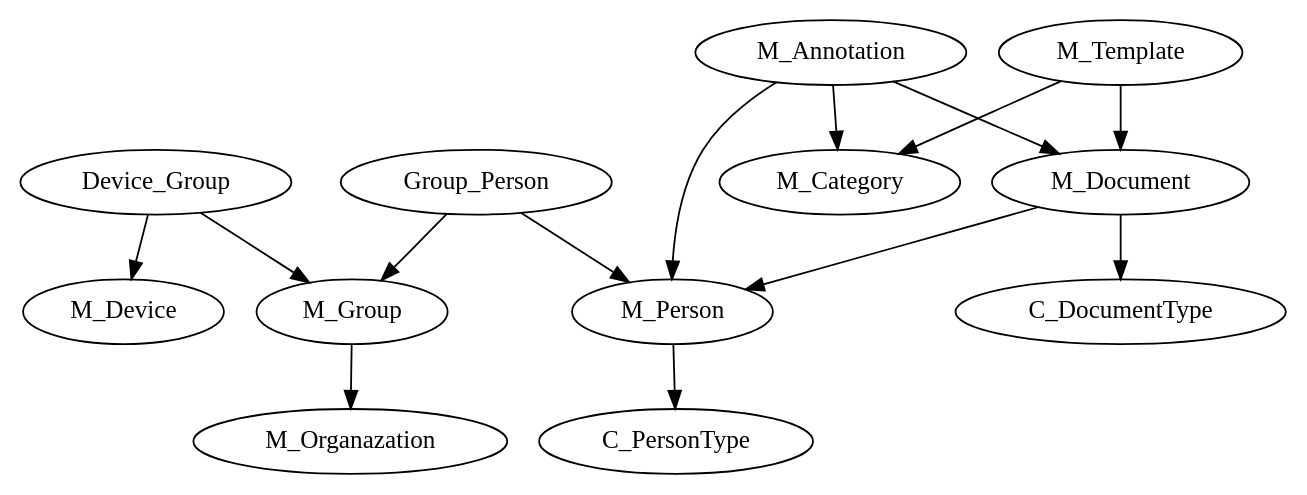
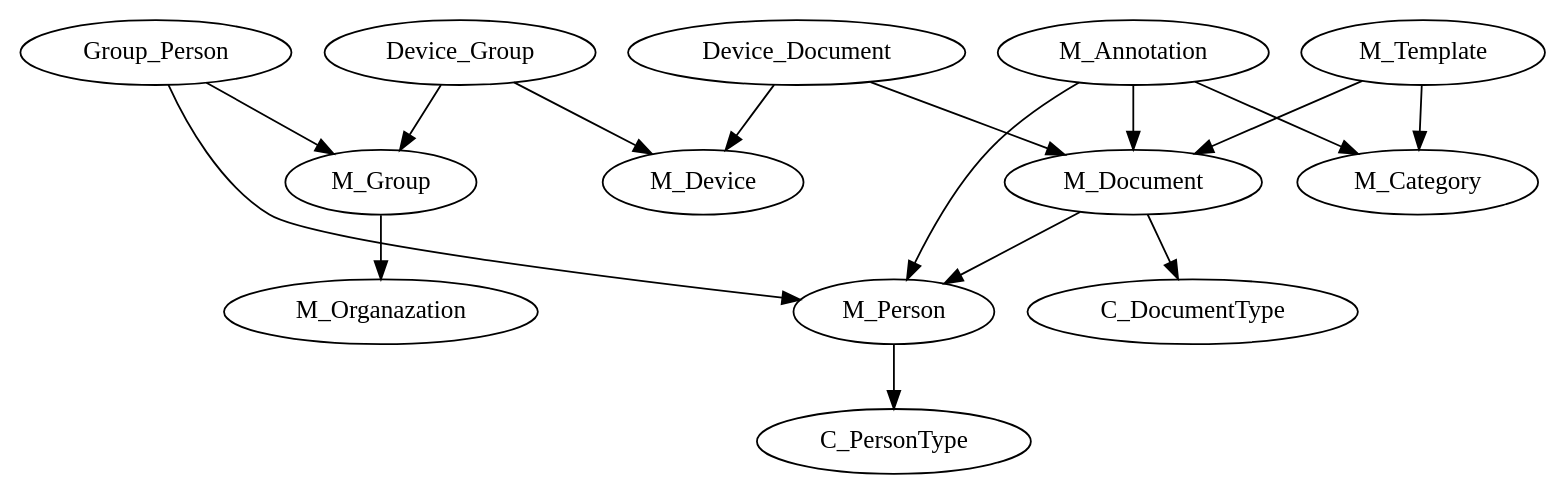
One commit to ctxzz/personalized-care-planner changed the diagram in personalized-care-planner/Model/model-relation-v2.dot. Above: the diagram before and after it, drawn with Graphviz. The commit also changed other lines of this file, not shown here.

Commit message:
fix datamodel

```diff
--- a/personalized-care-planner/Model/model-relation-v2.dot
+++ b/personalized-care-planner/Model/model-relation-v2.dot
@@ -1,29 +1,32 @@
 digraph {
     device[label="M_Device"];
     group[label="M_Group"];
     organazation[label="M_Organazation"];
     person[label="M_Person"];
     personType[label="C_PersonType"];
     document[label="M_Document"];
     documentType[label="C_DocumentType"];
     template[label="M_Template"];
     category[label="M_Category"];
     annotation[label="M_Annotation"];
 
     group -> organazation;
     person -> personType;
     document -> person;
     document -> documentType;
     template -> document;
     template -> category;
     annotation -> person;
     annotation -> document;
     annotation -> category
 
     group_person[label="Group_Person"];
     device_group[label="Device_Group"];
+    device_document[label="Device_Document"];
     group_person -> group;
     group_person -> person;
     device_group -> device;
     device_group -> group;
+    device_document -> device;
+    device_document -> document;
 }
```
